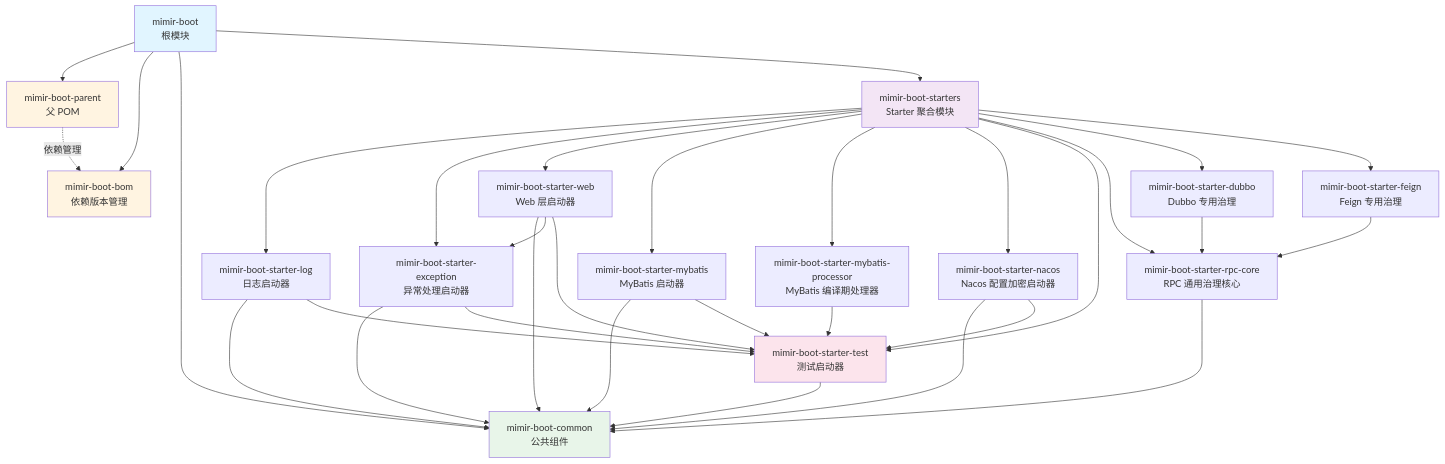
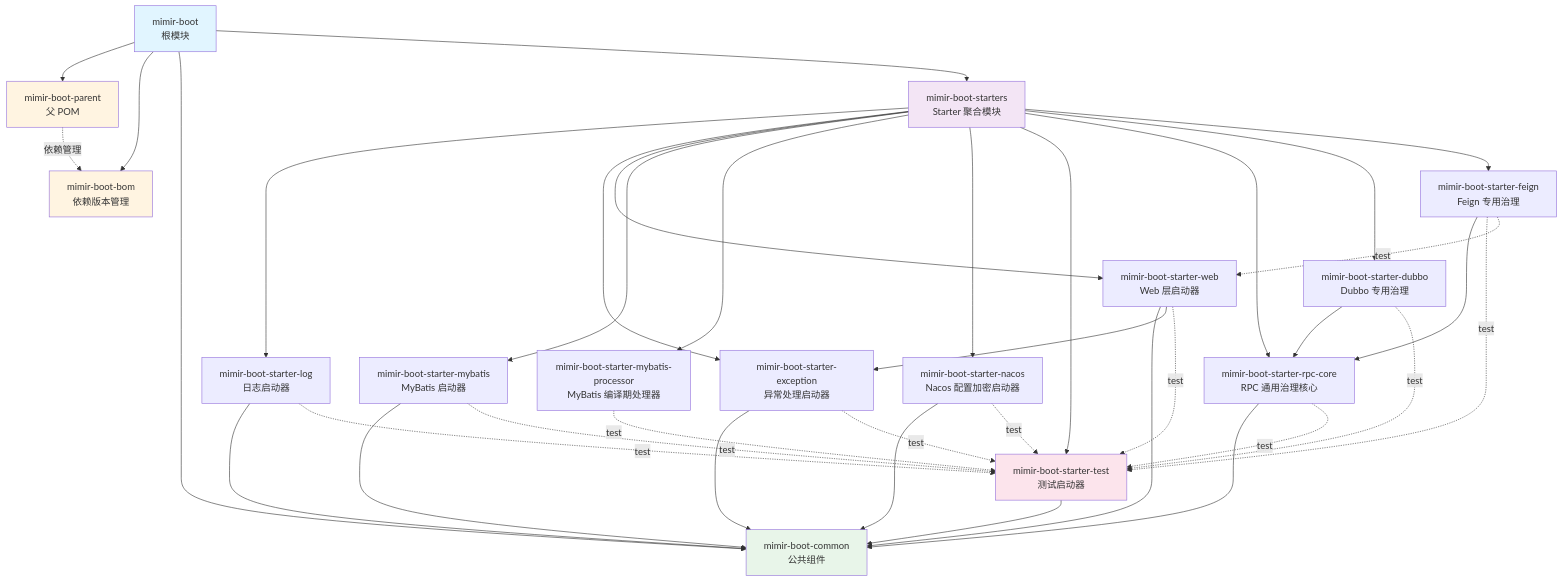
Before and after one commit to Yggdrasil-Labs/mimir-boot: the diagram in README.md, drawn with Mermaid. The commit also changed other lines of this file and 15 other files, not shown here.

````diff
--- a/README.md
+++ b/README.md
@@ -284,45 +285,49 @@
 ```mermaid
 graph TD
     Root[mimir-boot<br/>根模块] --> Parent[mimir-boot-parent<br/>父 POM]
     Root --> BOM[mimir-boot-bom<br/>依赖版本管理]
     Root --> Common[mimir-boot-common<br/>公共组件]
     Root --> Starters[mimir-boot-starters<br/>Starter 聚合模块]
     
     Parent -.依赖管理.-> BOM
     
     Starters --> Log[mimir-boot-starter-log<br/>日志启动器]
     Starters --> Exception[mimir-boot-starter-exception<br/>异常处理启动器]
     Starters --> Web[mimir-boot-starter-web<br/>Web 层启动器]
     Starters --> MyBatis[mimir-boot-starter-mybatis<br/>MyBatis 启动器]
     Starters --> Processor[mimir-boot-starter-mybatis-processor<br/>MyBatis 编译期处理器]
     Starters --> Nacos[mimir-boot-starter-nacos<br/>Nacos 配置加密启动器]
     Starters --> Test[mimir-boot-starter-test<br/>测试启动器]
     Starters --> RPCCore[mimir-boot-starter-rpc-core<br/>RPC 通用治理核心]
     Starters --> Dubbo[mimir-boot-starter-dubbo<br/>Dubbo 专用治理]
     Starters --> Feign[mimir-boot-starter-feign<br/>Feign 专用治理]
     
     Log --> Common
-    Log --> Test
+    Log -.test.-> Test
     Exception --> Common
-    Exception --> Test
+    Exception -.test.-> Test
     Web --> Common
     Web --> Exception
-    Web --> Test
+    Web -.test.-> Test
     MyBatis --> Common
-    MyBatis --> Test
-    Processor --> Test
+    MyBatis -.test.-> Test
+    Processor -.test.-> Test
     Nacos --> Common
-    Nacos --> Test
+    Nacos -.test.-> Test
     Test --> Common
     
     RPCCore --> Common
+    RPCCore -.test.-> Test
     Dubbo --> RPCCore
+    Dubbo -.test.-> Test
     Feign --> RPCCore
+    Feign -.test.-> Test
+    Feign -.test.-> Web
     
     style Root fill:#e1f5ff
     style Parent fill:#fff4e1
     style BOM fill:#fff4e1
     style Common fill:#e8f5e9
     style Starters fill:#f3e5f5
     style Test fill:#fce4ec
 ```
````
